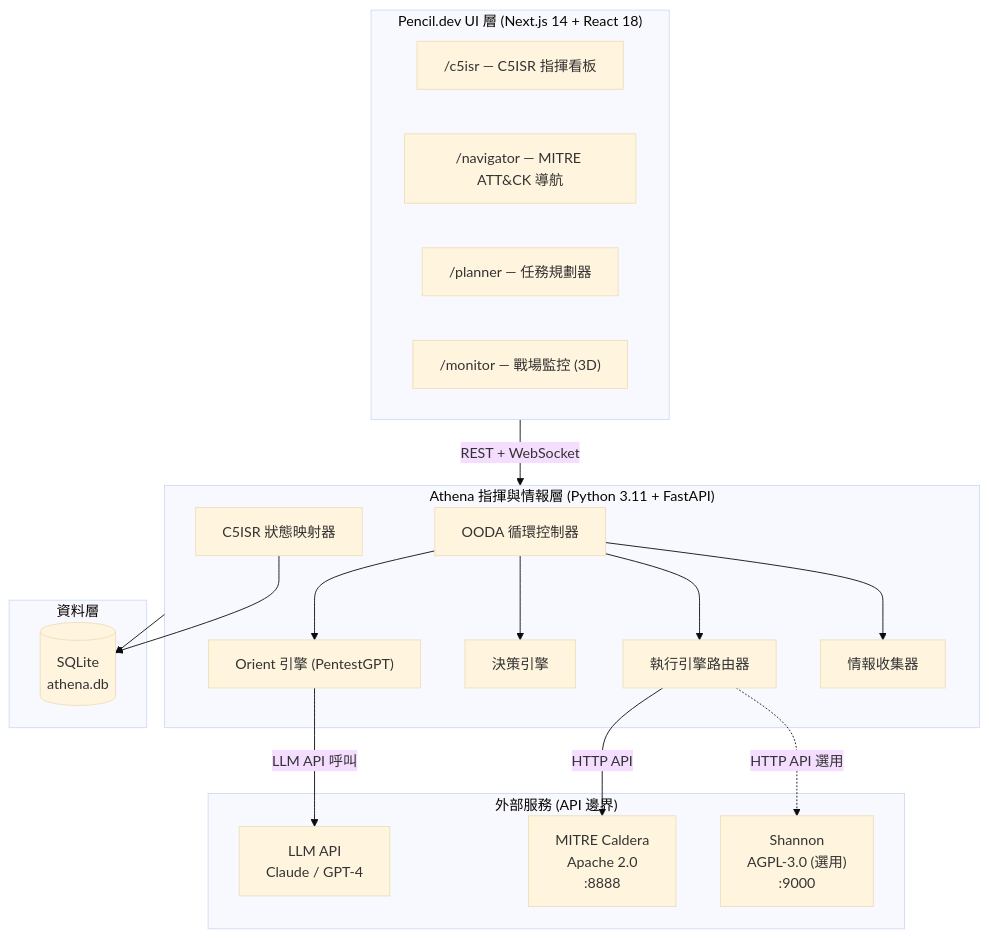
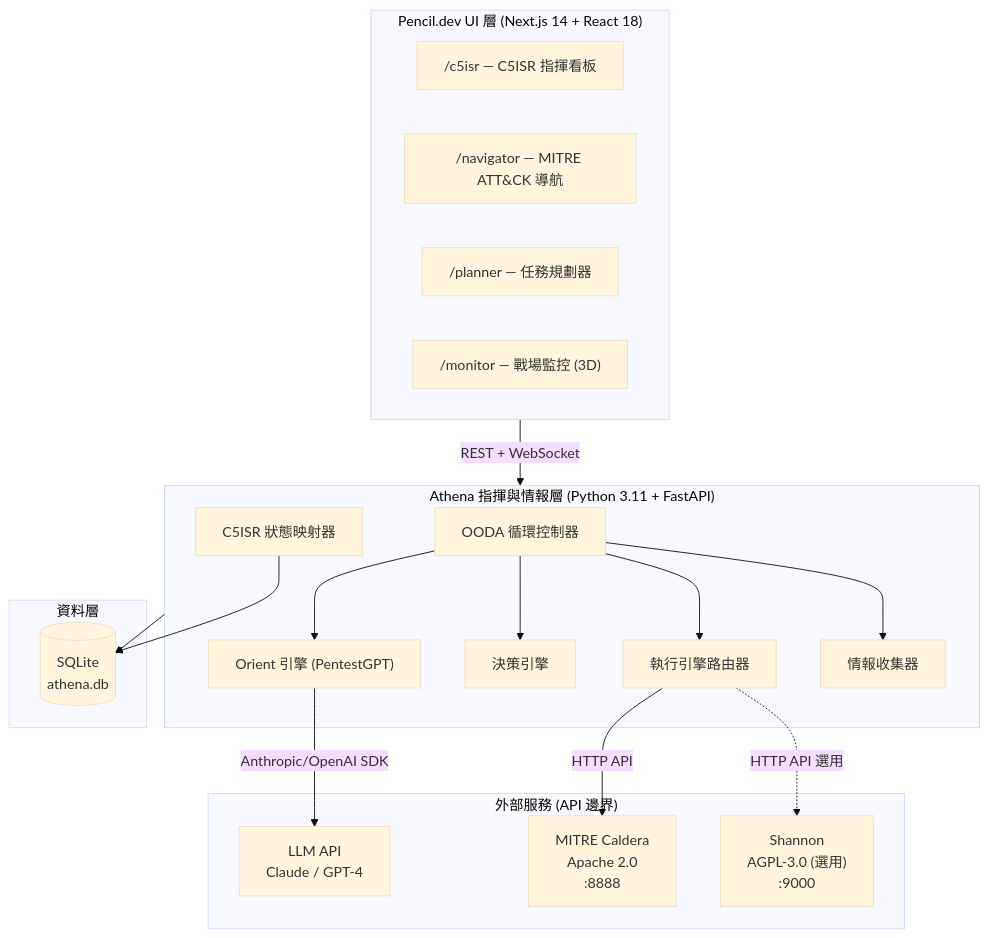
Before and after one commit to astroicers/Athena: the first of 5 diagrams in docs/architecture.md, drawn with Mermaid (base theme). The commit also changed other lines of this file and 8 other files, not shown here.

First line of the commit message:
docs: ASP 合規修復 — CHANGELOG/architecture/SPEC-018/ADR-014/tech-debt 標記

````diff
--- a/docs/architecture.md
+++ b/docs/architecture.md
@@ -23,39 +23,39 @@
 ```mermaid
 graph TD
     subgraph UI["Pencil.dev UI 層 (Next.js 14 + React 18)"]
         C5ISR["/c5isr — C5ISR 指揮看板"]
         NAV["/navigator — MITRE ATT&CK 導航"]
         PLAN["/planner — 任務規劃器"]
         MON["/monitor — 戰場監控 (3D)"]
     end
 
     subgraph Core["Athena 指揮與情報層 (Python 3.11 + FastAPI)"]
         OODA["OODA 循環控制器"]
         ORIENT["Orient 引擎 (PentestGPT)"]
         DECIDE["決策引擎"]
         ROUTER["執行引擎路由器"]
         C5MAP["C5ISR 狀態映射器"]
         FACTS["情報收集器"]
     end
 
     subgraph DB["資料層"]
         SQLITE[("SQLite\nathena.db")]
     end
 
     subgraph External["外部服務 (API 邊界)"]
         LLM["LLM API\nClaude / GPT-4"]
         CAL["MITRE Caldera\nApache 2.0\n:8888"]
         SHA["Shannon\nAGPL-3.0 (選用)\n:9000"]
     end
 
     UI -->|REST + WebSocket| Core
     OODA --> FACTS
     OODA --> ORIENT
     OODA --> DECIDE
     OODA --> ROUTER
-    ORIENT -->|LLM API 呼叫| LLM
+    ORIENT -->|Anthropic/OpenAI SDK| LLM
     ROUTER -->|HTTP API| CAL
     ROUTER -.->|HTTP API 選用| SHA
     Core --> SQLITE
     C5MAP --> SQLITE
 ```
````
